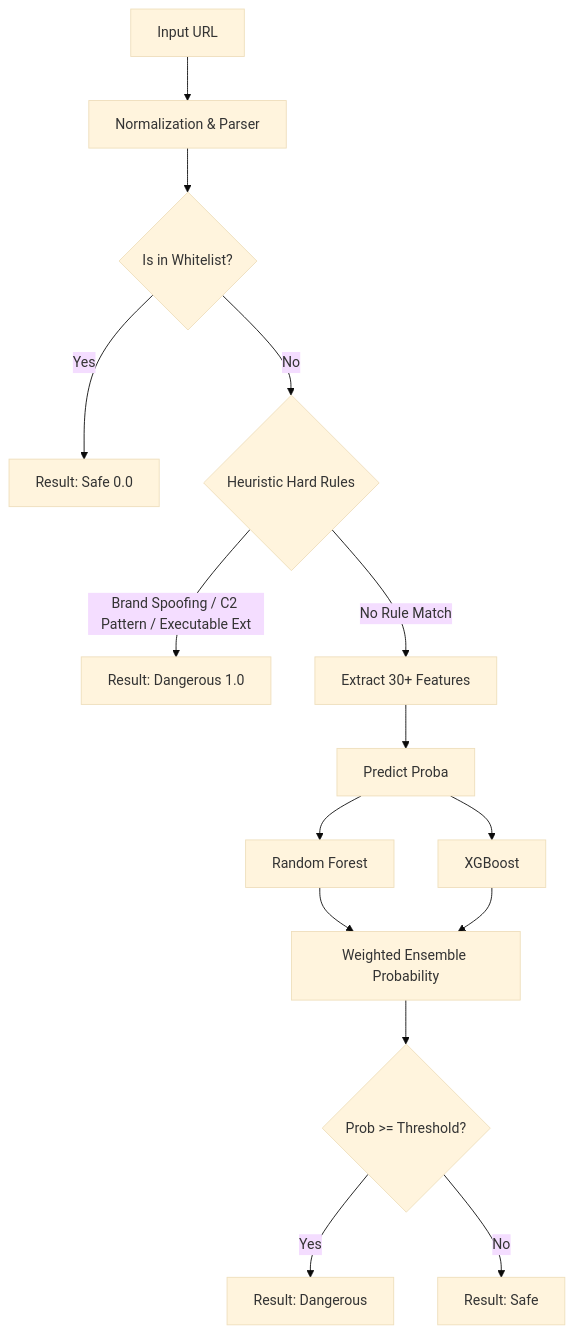
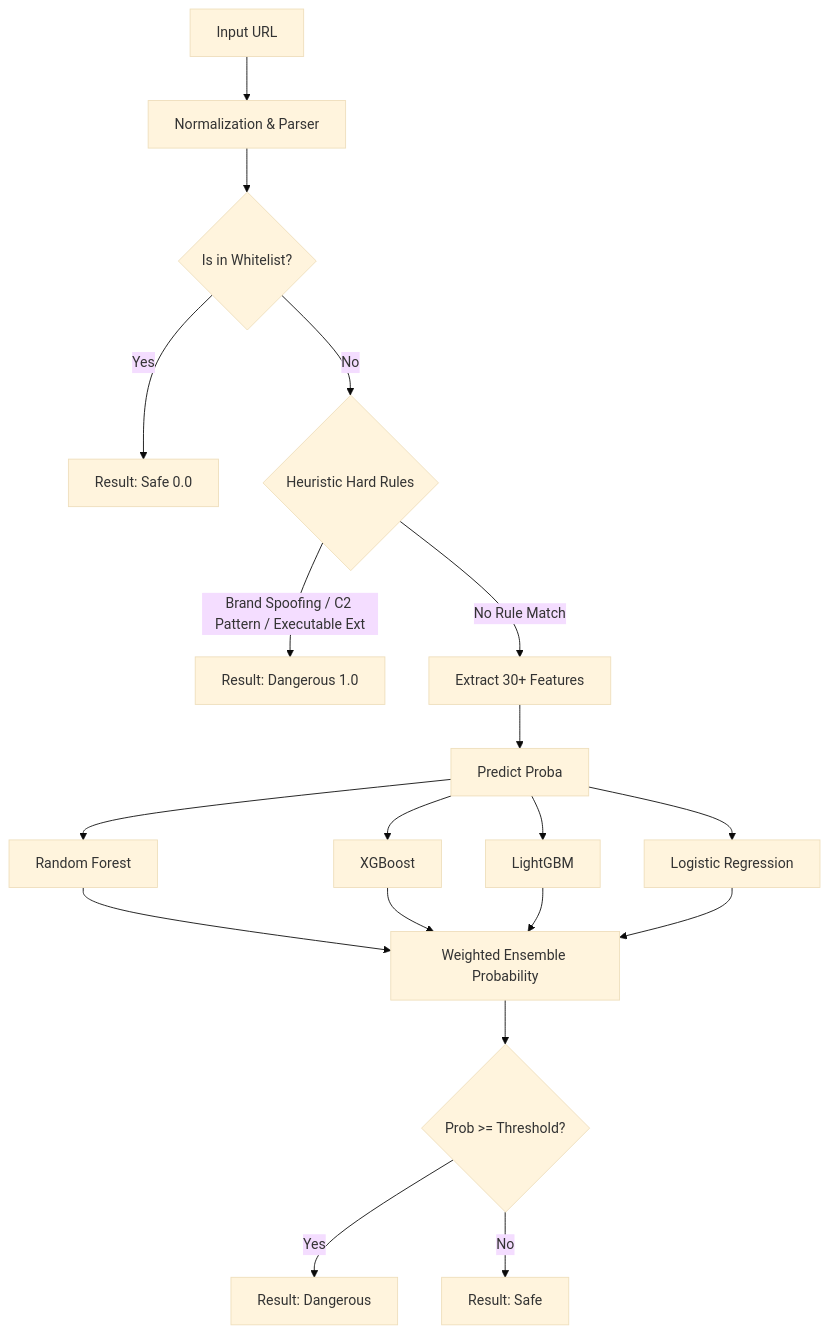
One commit to trungdo2711/MLProject changed the diagram in README.md. Above: the diagram before and after it, drawn with Mermaid (base theme). The commit also changed other lines of this file and 12 other files, not shown here.

Commit message:
Add LightGBM and Logistic Regression

````diff
--- a/README.md
+++ b/README.md
@@ -30,19 +31,21 @@
 ```mermaid
 flowchart TD
     A[Input URL] --> B[Normalization & Parser]
     B --> C{Is in Whitelist?}
     C -- Yes --> D[Result: Safe 0.0]
     C -- No --> E{Heuristic Hard Rules}
     
     E -- Brand Spoofing / C2 Pattern / Executable Ext --> F[Result: Dangerous 1.0]
     E -- No Rule Match --> G[Extract 30+ Features]
     
     G --> H[Predict Proba]
     H --> H1[Random Forest]
     H --> H2[XGBoost]
+    H --> H3[LightGBM]
+    H --> H4[Logistic Regression]
     
-    H1 & H2 --> I[Weighted Ensemble Probability]
+    H1 & H2 & H3 & H4 --> I[Weighted Ensemble Probability]
     I --> J{Prob >= Threshold?}
     J -- Yes --> K[Result: Dangerous]
     J -- No --> L[Result: Safe]
 ```
````
